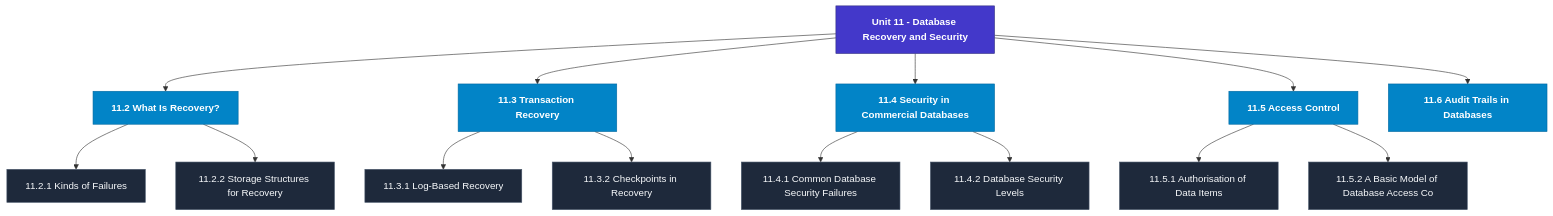
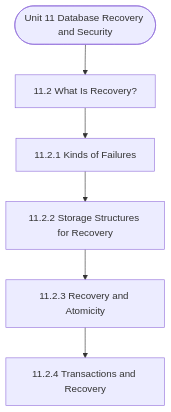
Before and after one commit to Asutosh-Coaching/mscdsa: the diagram in notes/Semester_1/MCS-207_Database_Management_Systems/unit_11_Database_Recovery_and_Security.md, drawn with Mermaid. The commit also changed other lines of this file and 115 other files, not shown here.

Commit message:
Fix Mermaid layout for mobile, isolate LaTeX delimiters, and add GitHub Pages reader

````diff
--- a/notes/Semester_1/MCS-207_Database_Management_Systems/unit_11_Database_Recovery_and_Security.md
+++ b/notes/Semester_1/MCS-207_Database_Management_Systems/unit_11_Database_Recovery_and_Security.md
@@ -19,35 +19,14 @@
 ```mermaid
 flowchart TD
-  %% Styling Definitions
-  classDef head fill:#4338ca,stroke:#312e81,color:#ffffff,font-weight:bold;
-  classDef topic fill:#0284c7,stroke:#0369a1,color:#ffffff,font-weight:600;
-  classDef sub fill:#1e293b,stroke:#475569,color:#f8fafc;
-
-  Root["Unit 11 - Database Recovery and Security"]:::head
-  M1["11.2 What Is Recovery?"]:::topic
-  Root --> M1
-  M1_1["11.2.1 Kinds of Failures"]:::sub
-  M1 --> M1_1
-  M1_2["11.2.2 Storage Structures for Recovery"]:::sub
-  M1 --> M1_2
-  M2["11.3 Transaction Recovery"]:::topic
-  Root --> M2
-  M2_1["11.3.1 Log-Based Recovery"]:::sub
-  M2 --> M2_1
-  M2_2["11.3.2 Checkpoints in Recovery"]:::sub
-  M2 --> M2_2
-  M3["11.4 Security in Commercial Databases"]:::topic
-  Root --> M3
-  M3_1["11.4.1 Common Database Security Failures"]:::sub
-  M3 --> M3_1
-  M3_2["11.4.2 Database Security Levels"]:::sub
-  M3 --> M3_2
-  M4["11.5 Access Control"]:::topic
-  Root --> M4
-  M4_1["11.5.1 Authorisation of Data Items"]:::sub
-  M4 --> M4_1
-  M4_2["11.5.2 A Basic Model of Database Access Co"]:::sub
-  M4 --> M4_2
-  M5["11.6 Audit Trails in Databases"]:::topic
-  Root --> M5
+  Start(["Unit 11 Database Recovery and Security"])
+  N1["11.2 What Is Recovery?"]
+  N2["11.2.1 Kinds of Failures"]
+  N3["11.2.2 Storage Structures for Recovery"]
+  N4["11.2.3 Recovery and Atomicity"]
+  N5["11.2.4 Transactions and Recovery"]
+  Start --> N1
+  N1 --> N2
+  N2 --> N3
+  N3 --> N4
+  N4 --> N5
 ```
````
